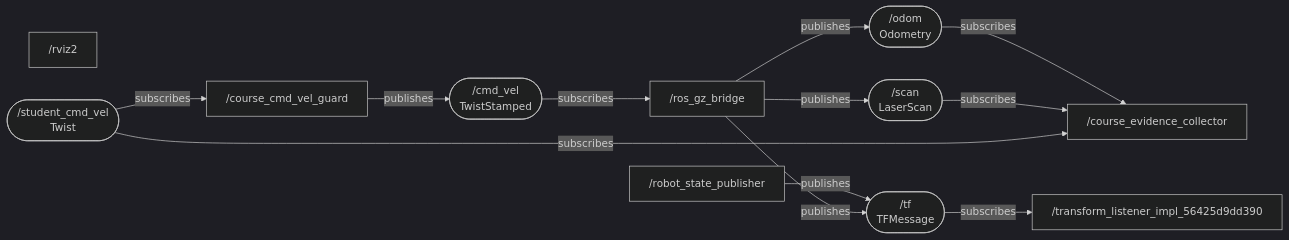
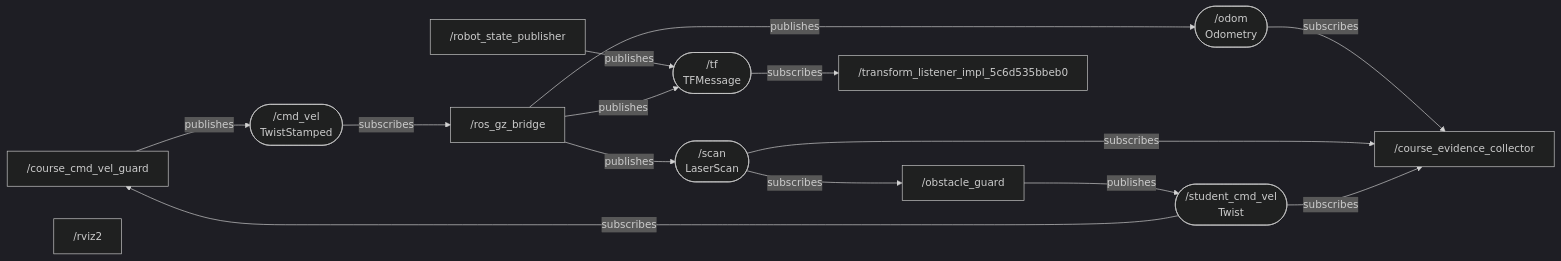
The diagram in week01_ros_foundations/student_submission/mission_1/ros_system_diagram.md (lincalvin76/robotics-fall2026), drawn with Mermaid (dark theme) before and after one commit. The commit also changed 21 other files, not shown here.

````diff
--- a/week01_ros_foundations/student_submission/mission_1/ros_system_diagram.md
+++ b/week01_ros_foundations/student_submission/mission_1/ros_system_diagram.md
@@ -3,25 +3,28 @@
 ```mermaid
 flowchart LR
   n0["/course_cmd_vel_guard"]
   n1["/course_evidence_collector"]
-  n2["/robot_state_publisher"]
-  n3["/ros_gz_bridge"]
-  n4["/rviz2"]
-  n5["/transform_listener_impl_56425d9dd390"]
+  n2["/obstacle_guard"]
+  n3["/robot_state_publisher"]
+  n4["/ros_gz_bridge"]
+  n5["/rviz2"]
+  n6["/transform_listener_impl_5c6d535bbeb0"]
   t0(["/cmd_vel<br/>TwistStamped"])
   n0 -->|publishes| t0
-  t0 -->|subscribes| n3
+  t0 -->|subscribes| n4
   t1(["/odom<br/>Odometry"])
-  n3 -->|publishes| t1
+  n4 -->|publishes| t1
   t1 -->|subscribes| n1
   t2(["/scan<br/>LaserScan"])
-  n3 -->|publishes| t2
+  n4 -->|publishes| t2
   t2 -->|subscribes| n1
+  t2 -->|subscribes| n2
   t3(["/student_cmd_vel<br/>Twist"])
+  n2 -->|publishes| t3
   t3 -->|subscribes| n0
   t3 -->|subscribes| n1
   t4(["/tf<br/>TFMessage"])
-  n2 -->|publishes| t4
   n3 -->|publishes| t4
-  t4 -->|subscribes| n5
+  n4 -->|publishes| t4
+  t4 -->|subscribes| n6
 ```
````
